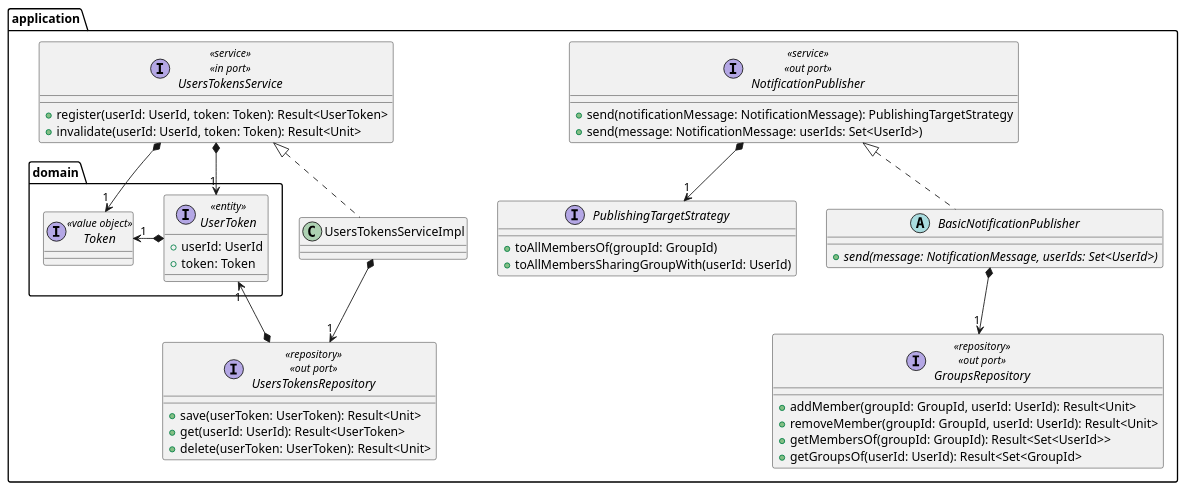
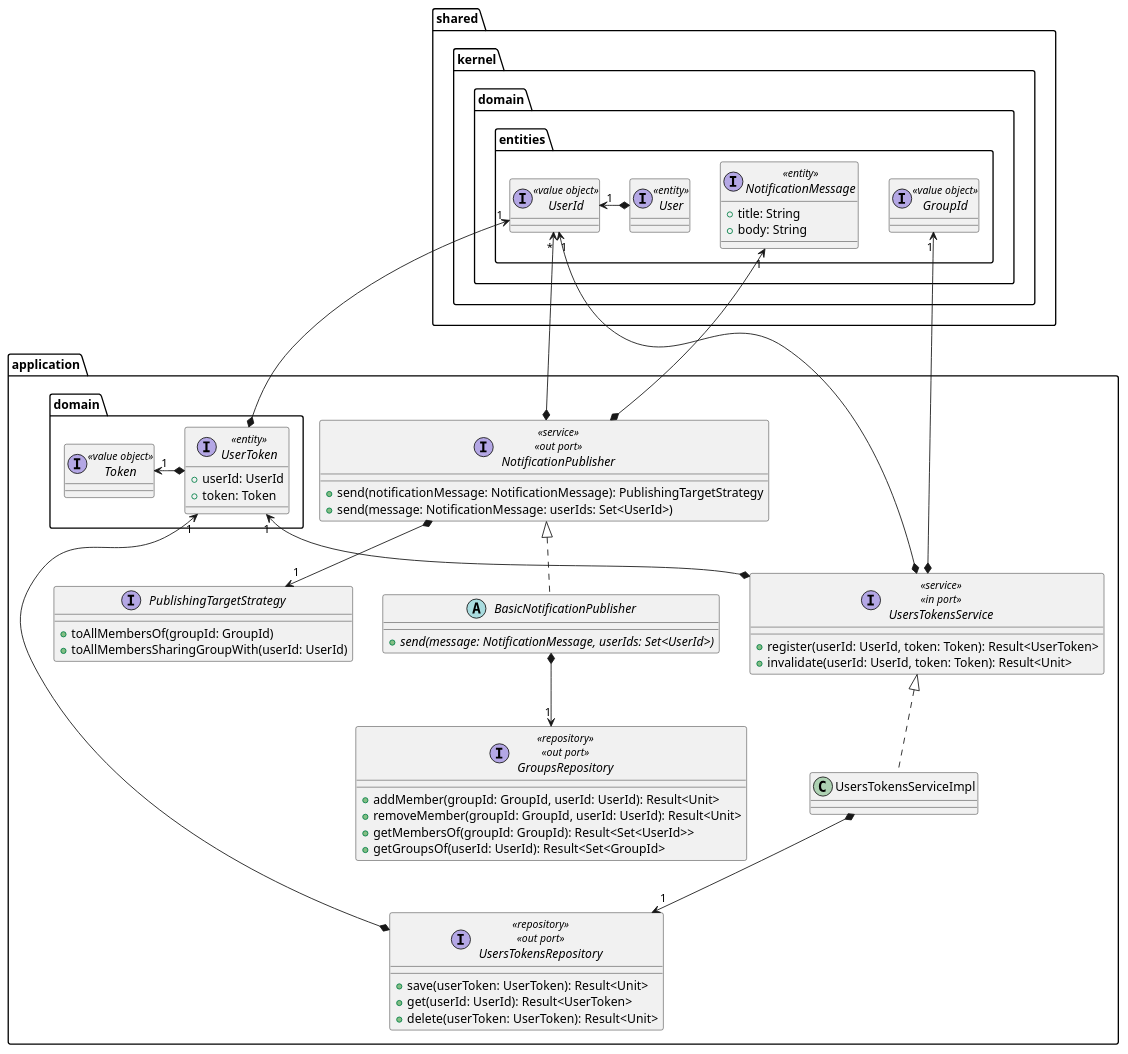
One commit to position-pal/Documentation changed the diagram in content/docs/4-detailed-design/3-notification-service.md. Above: the diagram before and after it, drawn with PlantUML. The commit also changed other lines of this file and 3 other files, not shown here.

````diff
--- a/content/docs/4-detailed-design/3-notification-service.md
+++ b/content/docs/4-detailed-design/3-notification-service.md
@@ -11,62 +17,76 @@
 ```plantuml
 @startuml notification-service-structure
+package shared.kernel.domain {
+    package entities {
+        interface User <<entity>>
+        interface UserId <<value object>>
+        interface GroupId <<value object>>
+        User *-left-> "1" UserId
+        interface NotificationMessage <<entity>> {
+            + title: String
+            + body: String
+        }
+    }
+}
 
 package application {
 
     package domain {
 
         interface Token <<value object>> {}
 
         interface UserToken <<entity>> {
             + userId: UserId
             + token: Token
         }
         UserToken *-left-> "1" Token
+        UserToken *-up--> "1" UserId
     }
 
     interface GroupsRepository <<repository>> <<out port>> {
         + addMember(groupId: GroupId, userId: UserId): Result<Unit>
         + removeMember(groupId: GroupId, userId: UserId): Result<Unit>
         + getMembersOf(groupId: GroupId): Result<Set<UserId>>
         + getGroupsOf(userId: UserId): Result<Set<GroupId>
     }
 
     interface NotificationPublisher <<service>> <<out port>> {
         + send(notificationMessage: NotificationMessage): PublishingTargetStrategy
         + send(message: NotificationMessage: userIds: Set<UserId>)
     }
+    NotificationPublisher *-up--> "1" NotificationMessage
+    NotificationPublisher *-up--> "*" UserId
 
     interface PublishingTargetStrategy {
         + toAllMembersOf(groupId: GroupId)
         + toAllMembersSharingGroupWith(userId: UserId)
     }
 
     NotificationPublisher *--> "1" PublishingTargetStrategy
 
     abstract class BasicNotificationPublisher implements NotificationPublisher {
         + {abstract} send(message: NotificationMessage, userIds: Set<UserId>)
     }
     BasicNotificationPublisher *--> "1" GroupsRepository
 
     interface UsersTokensRepository <<repository>> <<out port>> {
         + save(userToken: UserToken): Result<Unit>
         + get(userId: UserId): Result<UserToken>
         + delete(userToken: UserToken): Result<Unit>
     }
 
     interface UsersTokensService <<service>> <<in port>> {
         + register(userId: UserId, token: Token): Result<UserToken>
         + invalidate(userId: UserId, token: Token): Result<Unit>
     }
+    UsersTokensService *-up-> "1" UserId
+    UsersTokensService *-up-> "1" GroupId
 
-    UsersTokensRepository *-left--> "1" UserToken
-    UsersTokensService *--> "1" UserToken
-    UsersTokensService *--> "1" Token
+    UsersTokensRepository *-up-> "1" UserToken
+    UsersTokensService *-up-> "1" UserToken
 
     class UsersTokensServiceImpl implements UsersTokensService
     UsersTokensServiceImpl *--> "1" UsersTokensRepository
-    
-
 }
 @enduml
 ```
````
